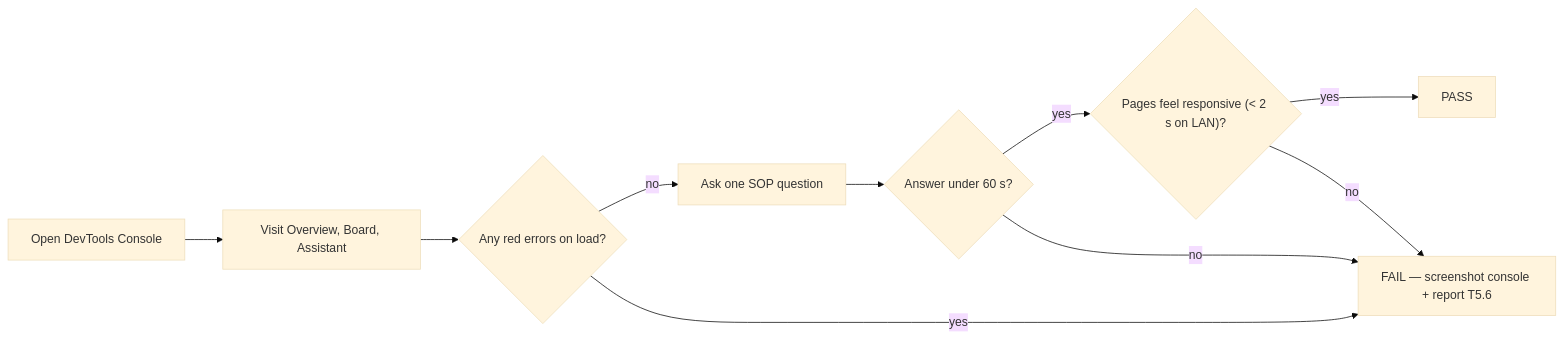
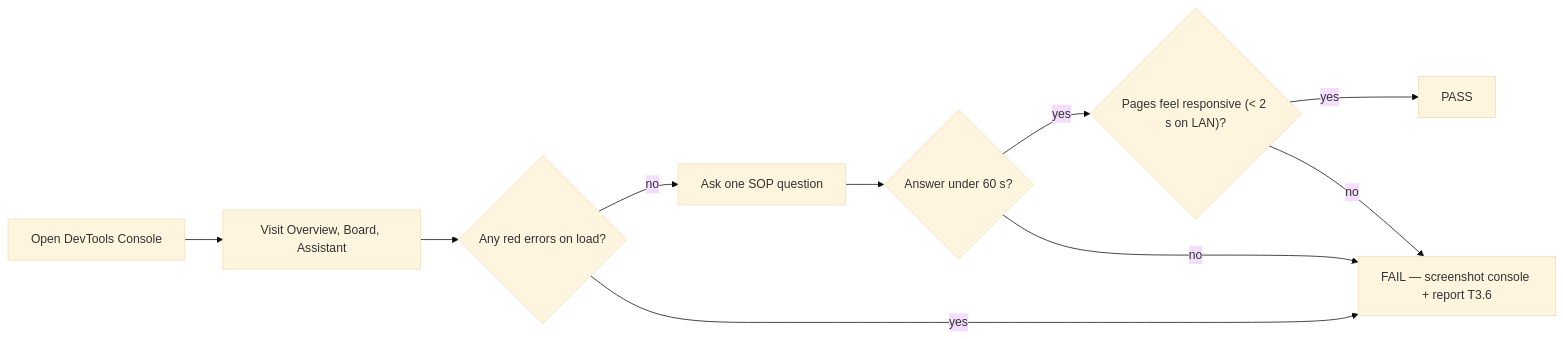
One commit to DeepxD-code/LeadDesk changed diagram 25 of 25 in docs/TESTER_GUIDE.md. Above: the diagram before and after it, drawn with Mermaid (base theme). The commit also changed other lines of this file and 8 other files, not shown here.

````diff
--- a/docs/TESTER_GUIDE.md
+++ b/docs/TESTER_GUIDE.md
@@ -980,12 +980,12 @@
 ```mermaid
 flowchart LR
   A["Open DevTools Console"] --> B["Visit Overview, Board, Assistant"]
   B --> C{"Any red errors on load?"}
   C -->|no| D["Ask one SOP question"]
-  C -->|yes| X["FAIL — screenshot console + report T5.6"]
+  C -->|yes| X["FAIL — screenshot console + report T3.6"]
   D --> E{"Answer under 60 s?"}
   E -->|yes| F{"Pages feel responsive (< 2 s on LAN)?"}
   F -->|yes| P[PASS]
   F -->|no| X
   E -->|no| X
 ```
````
